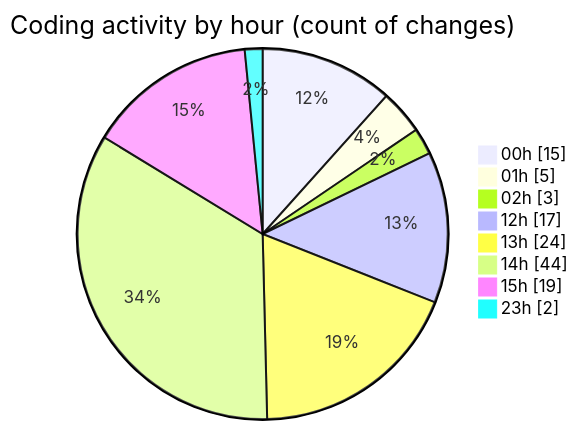
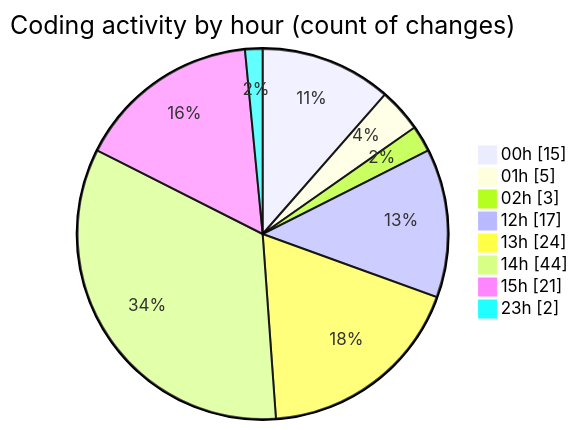
The second of 2 diagrams in 2025-08-13/rentotp/README.md (lephambinh05/code-tracking), drawn with Mermaid before and after one commit. The commit also changed other lines of this file and 1 other file, not shown here.

````diff
--- a/2025-08-13/rentotp/README.md
+++ b/2025-08-13/rentotp/README.md
@@ -50,12 +50,12 @@
 ```mermaid
 pie showData
 title Coding activity by hour (count of changes)
 "00h" : 15
 "01h" : 5
 "02h" : 3
 "12h" : 17
 "13h" : 24
 "14h" : 44
-"15h" : 19
+"15h" : 21
 "23h" : 2
 ```
````
